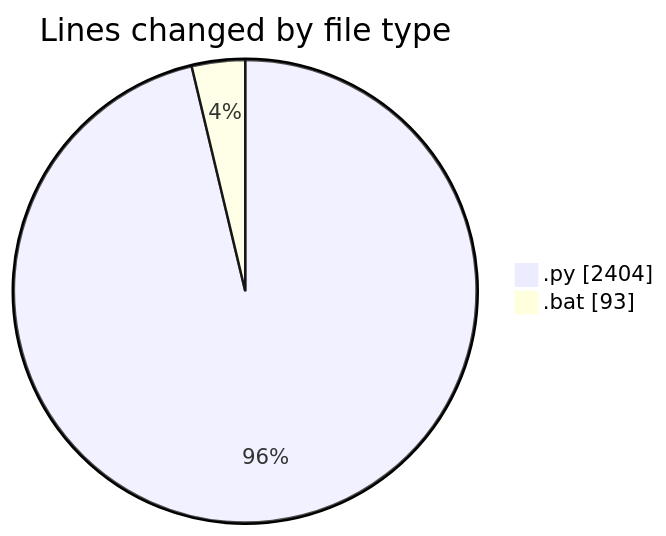
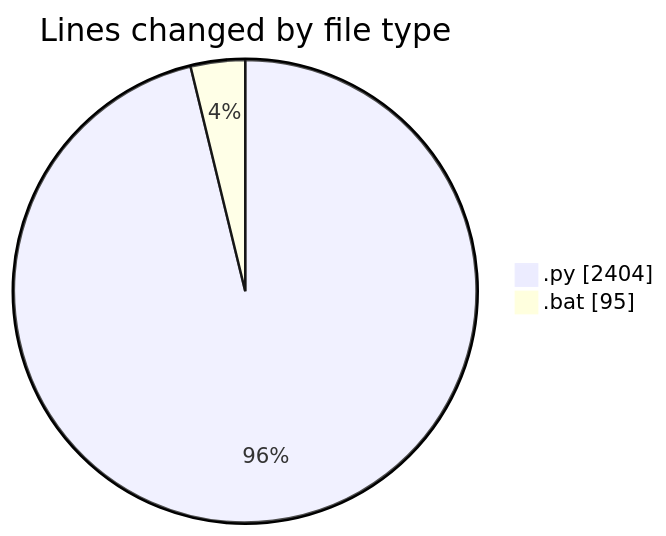
One commit to FelipKnott/code-tracking changed the first of 2 diagrams in 2025-07-03/cursor/README.md. Above: the diagram before and after it, drawn with Mermaid. The commit also changed other lines of this file and 1 other file, not shown here.

````diff
--- a/2025-07-03/cursor/README.md
+++ b/2025-07-03/cursor/README.md
@@ -35,6 +35,6 @@
 ```mermaid
 pie showData
 title Lines changed by file type
 ".py" : 2404
-".bat" : 93
+".bat" : 95
 ```
````
